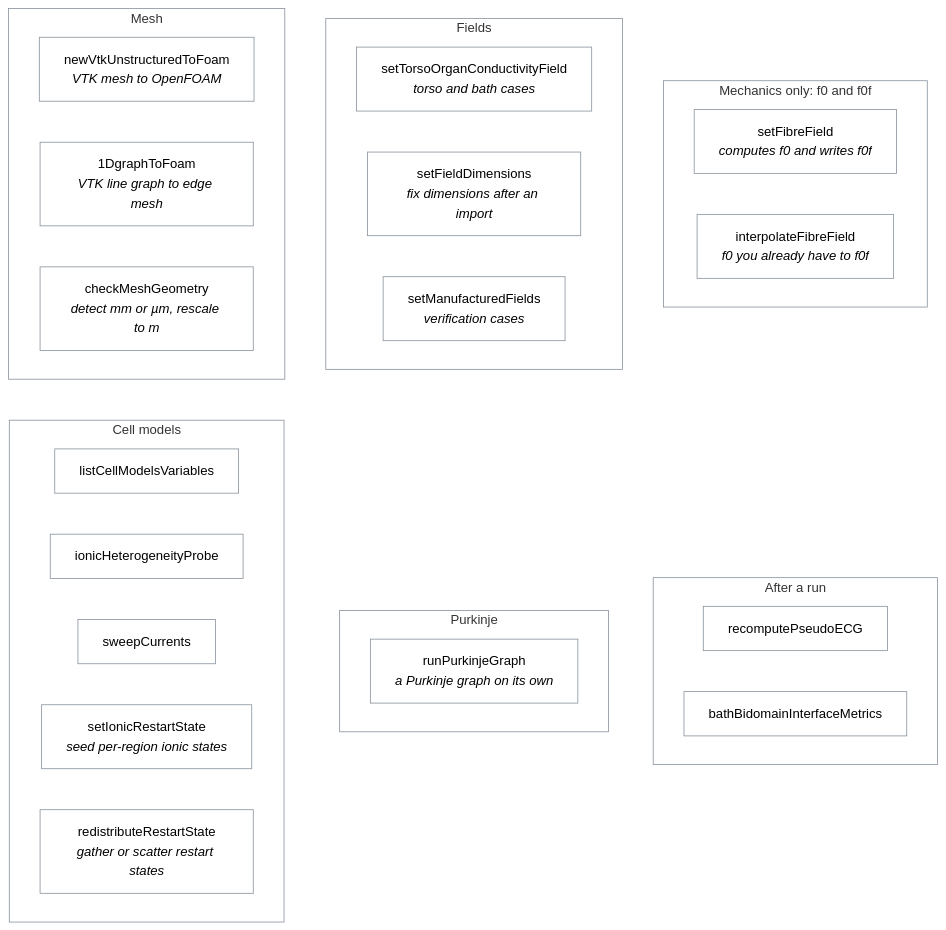
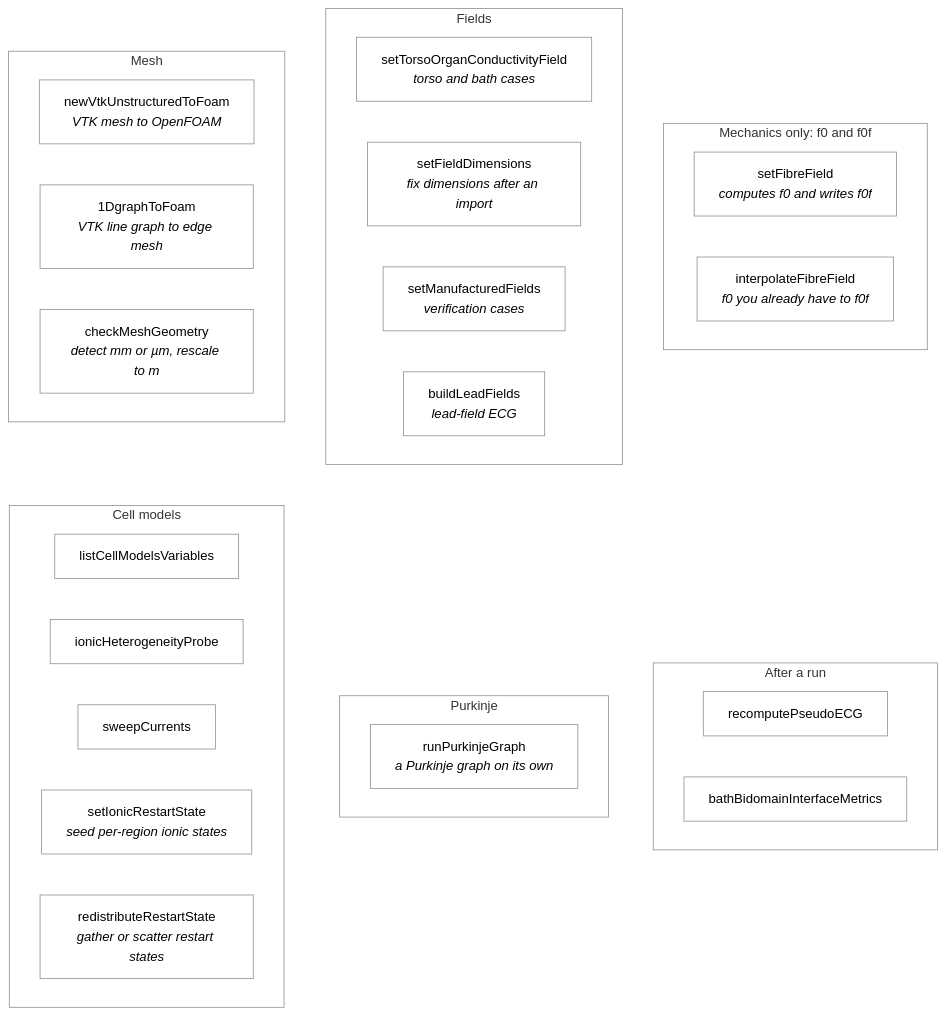
Before and after one commit to solids4foam/cardiacFoam: the diagram in applications/utilities/README.md, drawn with Mermaid (forest theme). The commit also changed other lines of this file and 68 other files, not shown here.

````diff
--- a/applications/utilities/README.md
+++ b/applications/utilities/README.md
@@ -5,41 +5,42 @@
 ```mermaid
 flowchart TB
     subgraph POST["After a run"]
         RE["recomputePseudoECG"]
         BI["bathBidomainInterfaceMetrics"]
     end
     subgraph PURK["Purkinje"]
         PG["runPurkinjeGraph<br/><i>a Purkinje graph on its own</i>"]
     end
     subgraph CELL["Cell models"]
         LV["listCellModelsVariables"]
         HP["ionicHeterogeneityProbe"]
         SW["sweepCurrents"]
         SI["setIonicRestartState<br/><i>seed per-region ionic states</i>"]
         RR["redistributeRestartState<br/><i>gather or scatter restart states</i>"]
     end
     subgraph MECH["Mechanics only: f0 and f0f"]
         SF["setFibreField<br/><i>computes f0 and writes f0f</i>"]
         IF["interpolateFibreField<br/><i>f0 you already have to f0f</i>"]
     end
     subgraph FLD["Fields"]
         TC["setTorsoOrganConductivityField<br/><i>torso and bath cases</i>"]
         SD["setFieldDimensions<br/><i>fix dimensions after an import</i>"]
         SM["setManufacturedFields<br/><i>verification cases</i>"]
+        LF["buildLeadFields<br/><i>lead-field ECG</i>"]
     end
     subgraph MESH["Mesh"]
         V["newVtkUnstructuredToFoam<br/><i>VTK mesh to OpenFOAM</i>"]
         G["1DgraphToFoam<br/><i>VTK line graph to edge mesh</i>"]
         C["checkMeshGeometry<br/><i>detect mm or µm, rescale to m</i>"]
     end
     MESH ~~~ CELL
     FLD ~~~ PURK
     MECH ~~~ POST
     classDef default fill:none,stroke:#8b949e,stroke-width:1px
     style MESH fill:none,stroke:#8b949e
     style FLD fill:none,stroke:#8b949e
     style MECH fill:none,stroke:#8b949e
     style CELL fill:none,stroke:#8b949e
     style PURK fill:none,stroke:#8b949e
     style POST fill:none,stroke:#8b949e
 ```
````
